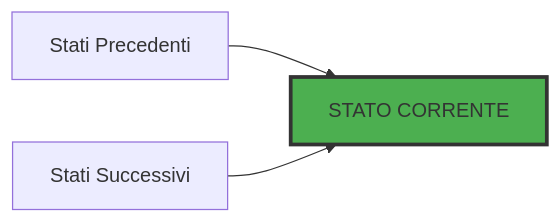
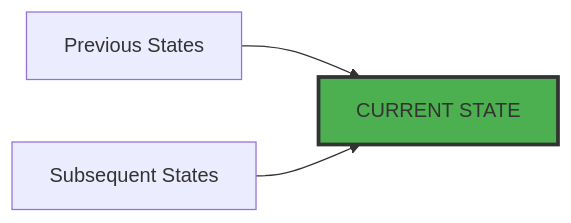
The first of 7 diagrams in docs/report/implementation/5-castellucci-versioning.md (LucaSamore/Whodunnit), drawn with Mermaid before and after one commit. The commit also changed other lines of this file and 1 other file, not shown here.

Commit message:
docs: update diagrams and figure captions

````diff
--- a/docs/report/implementation/5-castellucci-versioning.md
+++ b/docs/report/implementation/5-castellucci-versioning.md
@@ -72,6 +72,6 @@
 ```mermaid
 graph LR
-    A[Stati Precedenti] --> B[STATO CORRENTE]
-    C[Stati Successivi] --> B
+    A[Previous States] --> B[CURRENT STATE]
+    C[Subsequent States] --> B
     style B fill:#4CAF50,stroke:#333,stroke-width:3px
 ```
````
